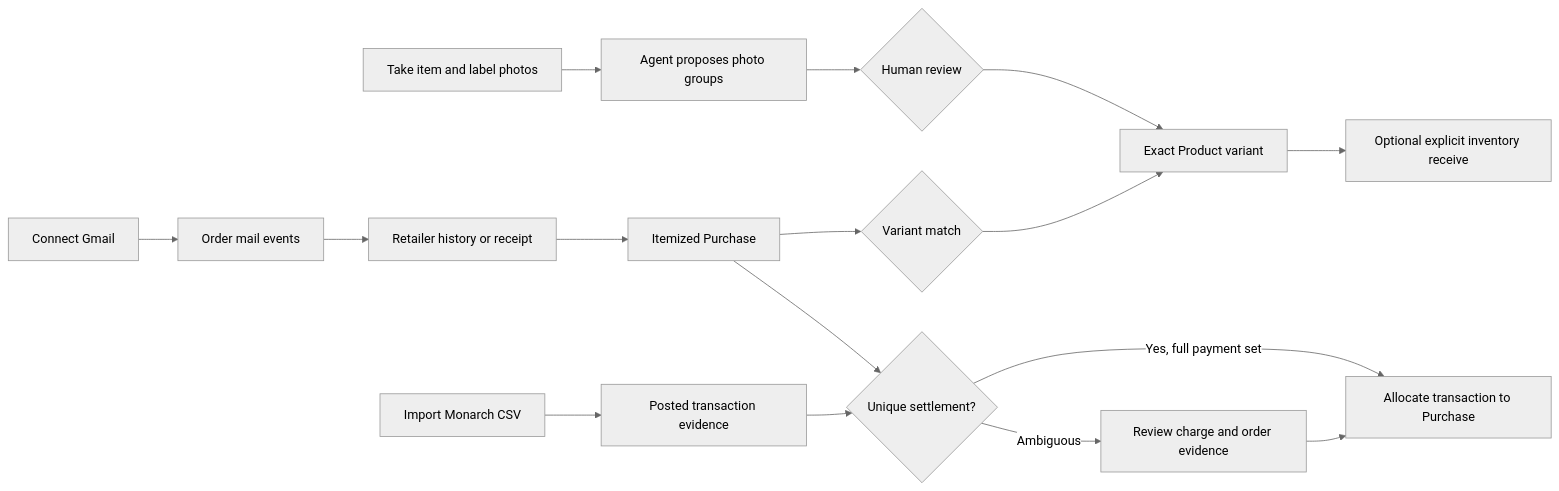
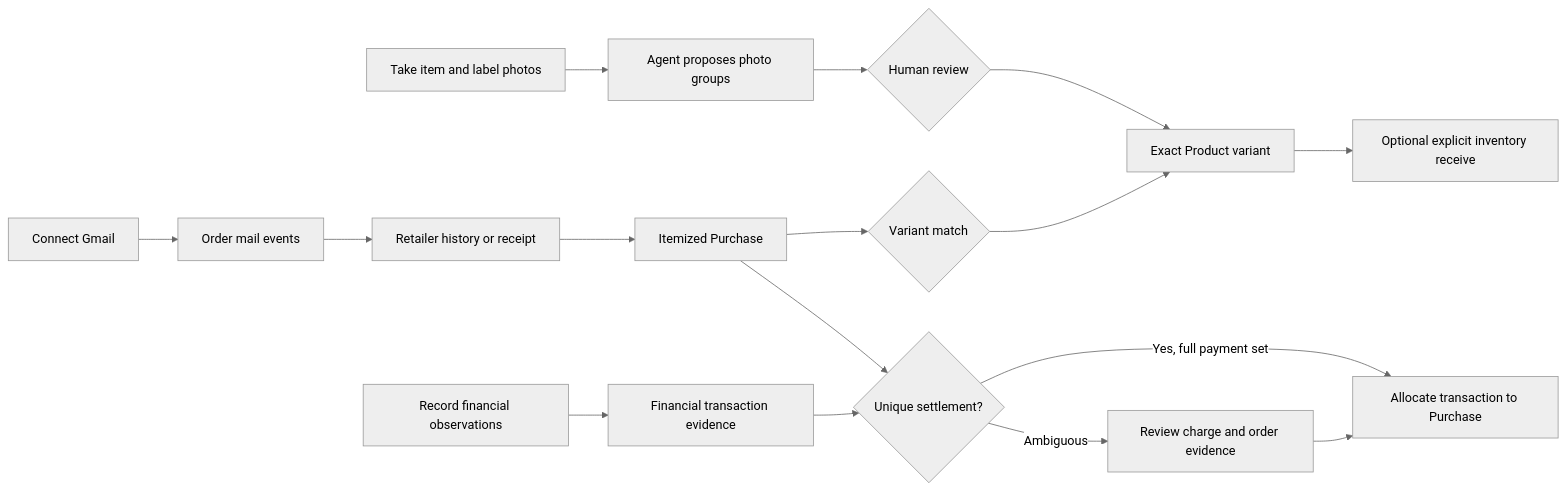
Before and after one commit to nickysemenza/cubby: the first of 3 diagrams in docs/guide/product-identity-journey.md, drawn with Mermaid (neutral theme). The commit also changed other lines of this file and 85 other files, not shown here.

Commit message:
Replace financial CSV intake with normalized source evidence

````diff
--- a/docs/guide/product-identity-journey.md
+++ b/docs/guide/product-identity-journey.md
@@ -45,18 +45,18 @@
 ```mermaid
 flowchart LR
     G[Connect Gmail] --> E[Order mail events]
     R[Retailer history or receipt] --> O[Itemized Purchase]
     E --> R
-    M[Import Monarch CSV] --> T[Posted transaction evidence]
+    M[Record financial observations] --> T[Financial transaction evidence]
     F[Take item and label photos] --> Q[Agent proposes photo groups]
     Q --> H{Human review}
     H --> P[Exact Product variant]
     O --> V{Variant match}
     V --> P
     O --> S{Unique settlement?}
     T --> S
     S -->|Yes, full payment set| A[Allocate transaction to Purchase]
     S -->|Ambiguous| U[Review charge and order evidence]
     U --> A
     P --> I[Optional explicit inventory receive]
 ```
````
